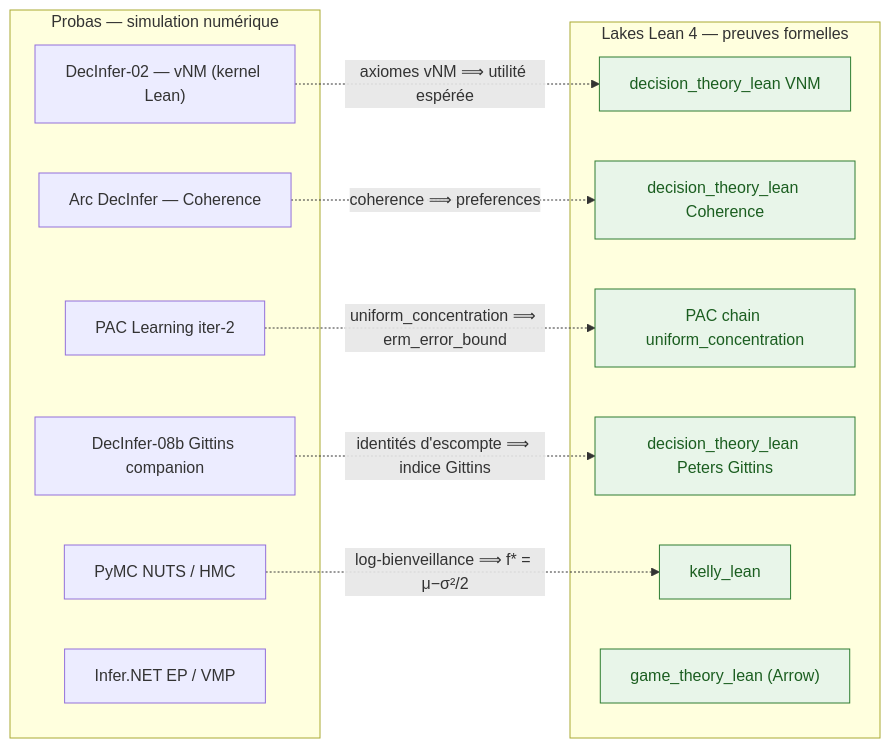
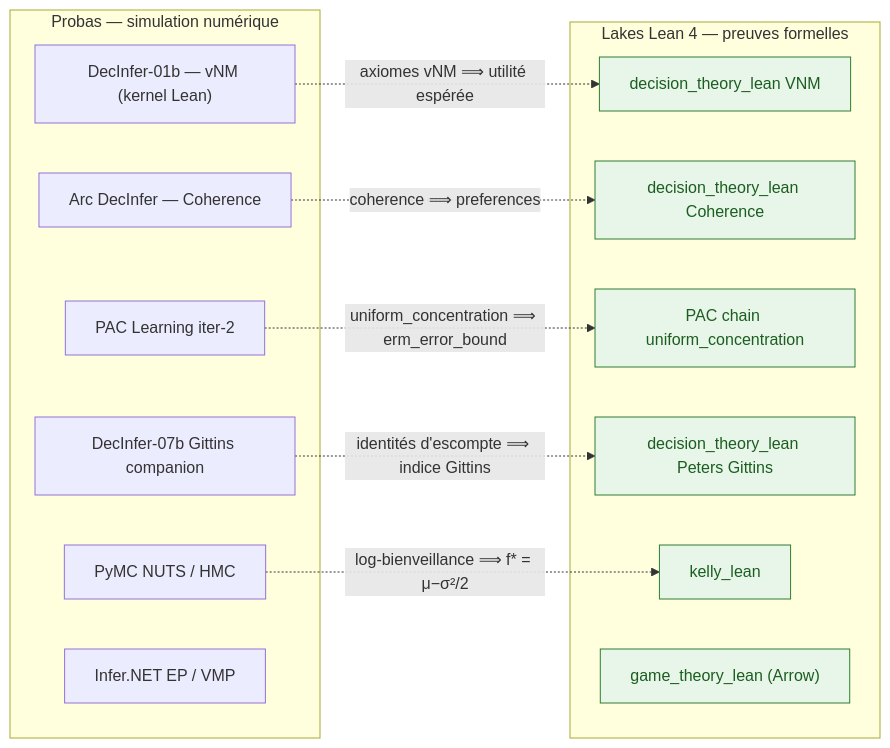
The third of 3 diagrams in MyIA.AI.Notebooks/Probas/README.md (jsboige/CoursIA), drawn with Mermaid before and after one commit. The commit also changed other lines of this file and 64 other files, not shown here.

````diff
--- a/MyIA.AI.Notebooks/Probas/README.md
+++ b/MyIA.AI.Notebooks/Probas/README.md
@@ -684,34 +684,34 @@
 ```mermaid
 flowchart LR
     subgraph SIM["Probas — simulation numérique"]
-        NB_DT["DecInfer-02 — vNM (kernel Lean)"]
+        NB_DT["DecInfer-01b — vNM (kernel Lean)"]
         NB_CO["Arc DecInfer — Coherence"]
-        NB_GIT["DecInfer-08b Gittins companion"]
+        NB_GIT["DecInfer-07b Gittins companion"]
         NB_PAC["PAC Learning iter-2"]
         NB_MCMC["PyMC NUTS / HMC"]
         NB_EP["Infer.NET EP / VMP"]
     end
     subgraph LEAN["Lakes Lean 4 — preuves formelles"]
         LK_DT["decision_theory_lean VNM"]
         LK_CO["decision_theory_lean Coherence"]
         LK_PAC["PAC chain uniform_concentration"]
         LK_GIT["decision_theory_lean Peters Gittins"]
         LK_KELLY["kelly_lean"]
         LK_SC["game_theory_lean (Arrow)"]
     end
     NB_DT -. "axiomes vNM ⟹ utilité espérée" .-> LK_DT
     NB_CO -. "coherence ⟹ preferences" .-> LK_CO
     NB_PAC -. "uniform_concentration ⟹ erm_error_bound" .-> LK_PAC
     NB_GIT -. "identités d'escompte ⟹ indice Gittins" .-> LK_GIT
     NB_MCMC -. "log-bienveillance ⟹ f* = μ−σ²/2" .-> LK_KELLY
     %% NB_EP (Infer.NET EP / VMP) = inférence bayésienne approximative ;
     %% la passerelle Dung ↔ argumentation_lean est couverte par le tableau §E ci-dessus (ligne SymbolicAI ↔ Probas),
     %% pas par un lien direct depuis ce nœud de simulation.
     %% color: explicite -- sans lui, libelle clair sur fond clair en mode sombre GitHub (#15022) ; ton parfois plus fonce que le stroke (le stroke en couleur de texte rendrait infer illisible) : ne pas harmoniser
     style LK_DT fill:#e8f5e9,stroke:#2e7d32,color:#1b5e20
     style LK_CO fill:#e8f5e9,stroke:#2e7d32,color:#1b5e20
     style LK_PAC fill:#e8f5e9,stroke:#2e7d32,color:#1b5e20
     style LK_GIT fill:#e8f5e9,stroke:#2e7d32,color:#1b5e20
     style LK_KELLY fill:#e8f5e9,stroke:#2e7d32,color:#1b5e20
     style LK_SC fill:#e8f5e9,stroke:#2e7d32,color:#1b5e20
 ```
````
